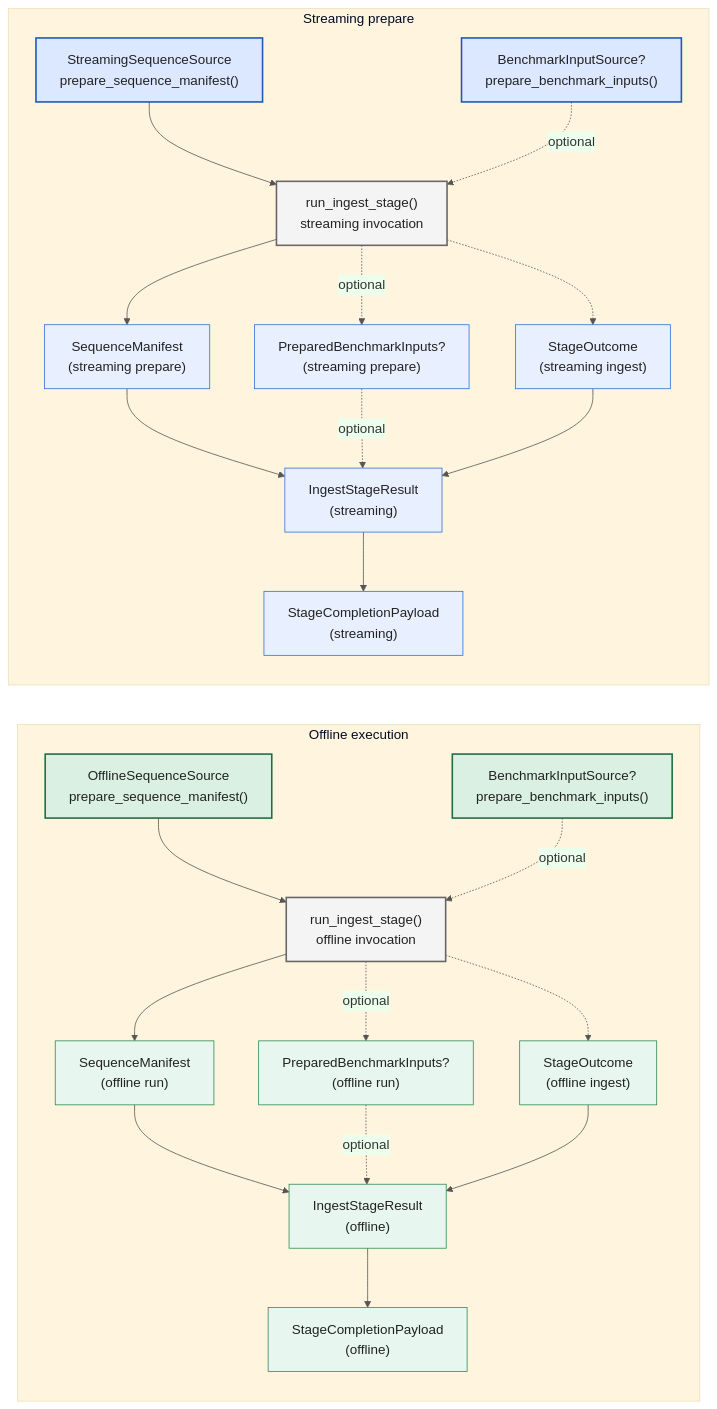
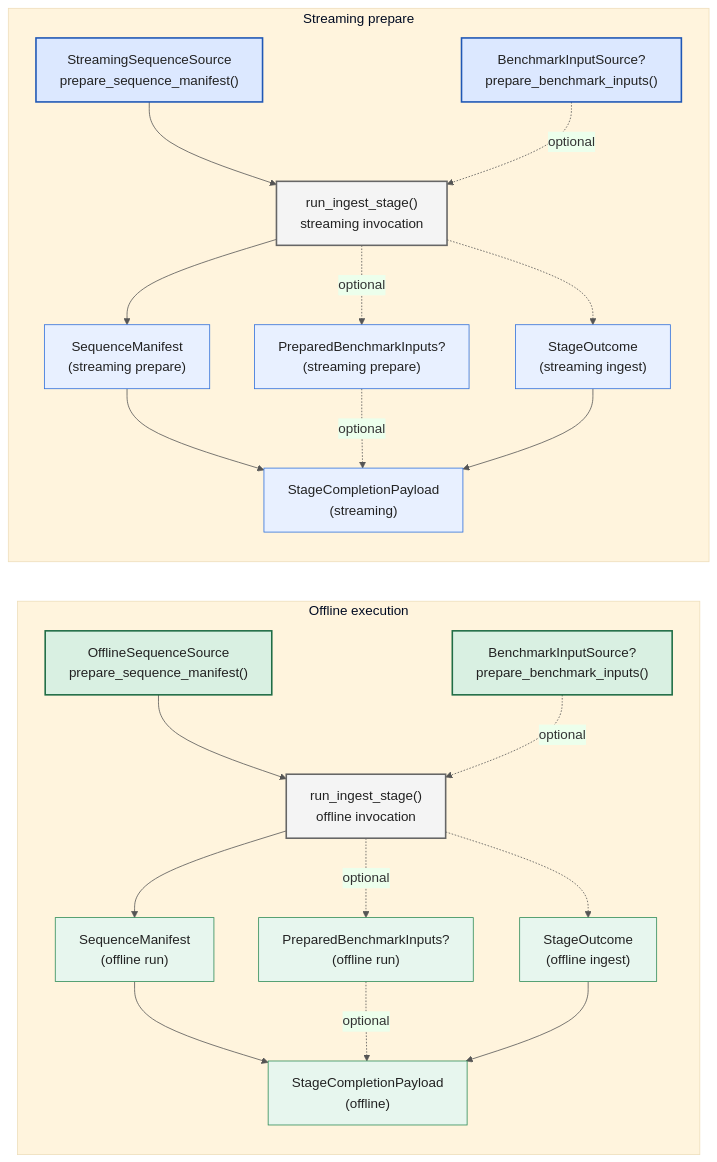
The third of 8 diagrams in docs/architecture/pipeline-stage-protocols-and-dtos.md (JanDuchscherer104/prml-vslam), drawn with Mermaid before and after one commit. The commit also changed other lines of this file and 63 other files, not shown here.

````diff
--- a/docs/architecture/pipeline-stage-protocols-and-dtos.md
+++ b/docs/architecture/pipeline-stage-protocols-and-dtos.md
@@ -210,7 +209,6 @@
         OfflineManifest["SequenceManifest<br/>(offline run)"]
         OfflinePrepared["PreparedBenchmarkInputs?<br/>(offline run)"]
         OfflineOutcome["StageOutcome<br/>(offline ingest)"]
-        OfflineResult["IngestStageResult<br/>(offline)"]
         OfflinePayload["StageCompletionPayload<br/>(offline)"]
 
         OfflineSource --> OfflineStage
@@ -218,10 +216,9 @@
         OfflineStage --> OfflineManifest
         OfflineStage -. optional .-> OfflinePrepared
         OfflineStage -.-> OfflineOutcome
-        OfflineManifest --> OfflineResult
-        OfflinePrepared -. optional .-> OfflineResult
-        OfflineOutcome --> OfflineResult
-        OfflineResult --> OfflinePayload
+        OfflineManifest --> OfflinePayload
+        OfflinePrepared -. optional .-> OfflinePayload
+        OfflineOutcome --> OfflinePayload
     end
 
     subgraph Streaming["Streaming prepare"]
@@ -231,7 +228,6 @@
         StreamingManifest["SequenceManifest<br/>(streaming prepare)"]
         StreamingPrepared["PreparedBenchmarkInputs?<br/>(streaming prepare)"]
         StreamingOutcome["StageOutcome<br/>(streaming ingest)"]
-        StreamingResult["IngestStageResult<br/>(streaming)"]
         StreamingPayload["StageCompletionPayload<br/>(streaming)"]
 
         StreamingSource --> StreamingStage
@@ -239,10 +235,9 @@
         StreamingStage --> StreamingManifest
         StreamingStage -. optional .-> StreamingPrepared
         StreamingStage -.-> StreamingOutcome
-        StreamingManifest --> StreamingResult
-        StreamingPrepared -. optional .-> StreamingResult
-        StreamingOutcome --> StreamingResult
-        StreamingResult --> StreamingPayload
+        StreamingManifest --> StreamingPayload
+        StreamingPrepared -. optional .-> StreamingPayload
+        StreamingOutcome --> StreamingPayload
     end
 
     classDef compute fill:#F4F4F4,stroke:#666666,stroke-width:2px,color:#222222;
@@ -253,26 +248,24 @@
     classDef streamingInterface fill:#DCE8FF,stroke:#1F57B5,stroke-width:2px,color:#222222;
 
     class OfflineSource,OfflineBench offlineInterface;
-    class OfflineManifest,OfflinePrepared,OfflineOutcome,OfflineResult,OfflinePayload offlineData;
+    class OfflineManifest,OfflinePrepared,OfflineOutcome,OfflinePayload offlineData;
     class OfflineStage compute;
     class StreamingSource,StreamingBench streamingInterface;
-    class StreamingManifest,StreamingPrepared,StreamingOutcome,StreamingResult,StreamingPayload streamingData;
+    class StreamingManifest,StreamingPrepared,StreamingOutcome,StreamingPayload streamingData;
     class StreamingStage compute;
 
     click OfflineSource "../../src/prml_vslam/protocols/source.py#L17" "OfflineSequenceSource"
     click OfflineBench "../../src/prml_vslam/protocols/source.py#L27" "BenchmarkInputSource"
     click OfflineStage "../../src/prml_vslam/pipeline/ray_runtime/stage_execution.py#L62" "run_ingest_stage"
-    click OfflineManifest "../../src/prml_vslam/pipeline/contracts/sequence.py#L11" "SequenceManifest"
-    click OfflinePrepared "../../src/prml_vslam/benchmark/contracts.py#L98" "PreparedBenchmarkInputs"
+    click OfflineManifest "../../src/prml_vslam/interfaces/ingest.py#L43" "SequenceManifest"
+    click OfflinePrepared "../../src/prml_vslam/interfaces/ingest.py#L86" "PreparedBenchmarkInputs"
     click OfflineOutcome "../../src/prml_vslam/pipeline/contracts/events.py#L47" "StageOutcome"
-    click OfflineResult "../../src/prml_vslam/pipeline/ray_runtime/common.py#L35" "IngestStageResult"
-    click OfflinePayload "../../src/prml_vslam/pipeline/ray_runtime/stage_program.py#L60" "StageCompletionPayload"
+        click OfflinePayload "../../src/prml_vslam/pipeline/ray_runtime/stage_program.py#L60" "StageCompletionPayload"
     click StreamingSource "../../src/prml_vslam/protocols/source.py#L35" "StreamingSequenceSource"
     click StreamingBench "../../src/prml_vslam/protocols/source.py#L27" "BenchmarkInputSource"
     click StreamingStage "../../src/prml_vslam/pipeline/ray_runtime/stage_execution.py#L62" "run_ingest_stage"
-    click StreamingManifest "../../src/prml_vslam/pipeline/contracts/sequence.py#L11" "SequenceManifest"
-    click StreamingPrepared "../../src/prml_vslam/benchmark/contracts.py#L98" "PreparedBenchmarkInputs"
+    click StreamingManifest "../../src/prml_vslam/interfaces/ingest.py#L43" "SequenceManifest"
+    click StreamingPrepared "../../src/prml_vslam/interfaces/ingest.py#L86" "PreparedBenchmarkInputs"
     click StreamingOutcome "../../src/prml_vslam/pipeline/contracts/events.py#L47" "StageOutcome"
-    click StreamingResult "../../src/prml_vslam/pipeline/ray_runtime/common.py#L35" "IngestStageResult"
-    click StreamingPayload "../../src/prml_vslam/pipeline/ray_runtime/stage_program.py#L60" "StageCompletionPayload"
+        click StreamingPayload "../../src/prml_vslam/pipeline/ray_runtime/stage_program.py#L60" "StageCompletionPayload"
 ```
````
